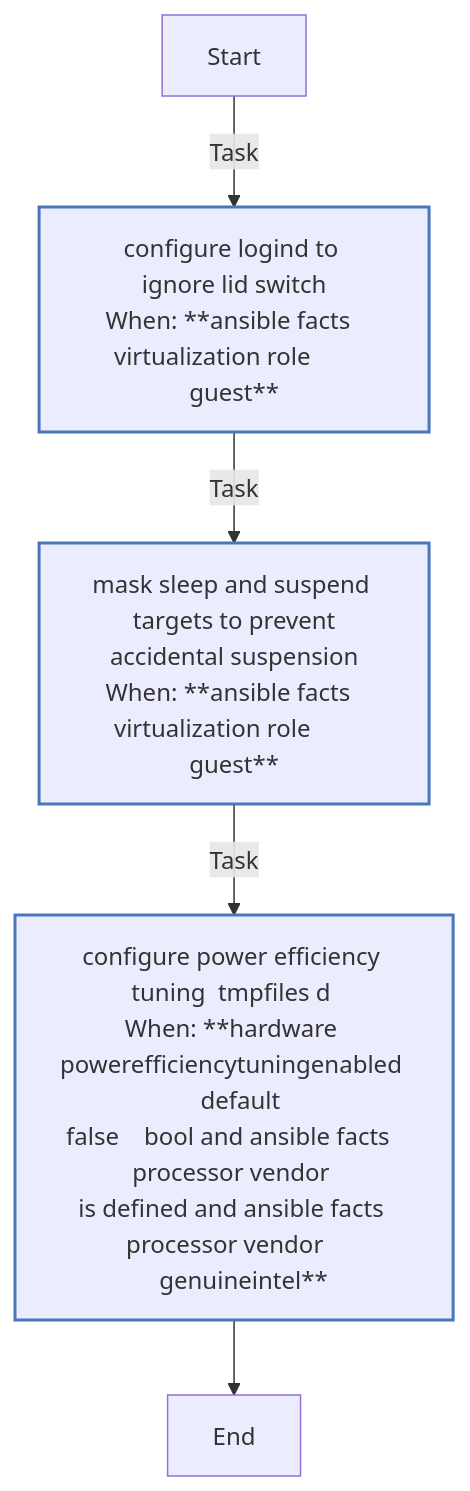
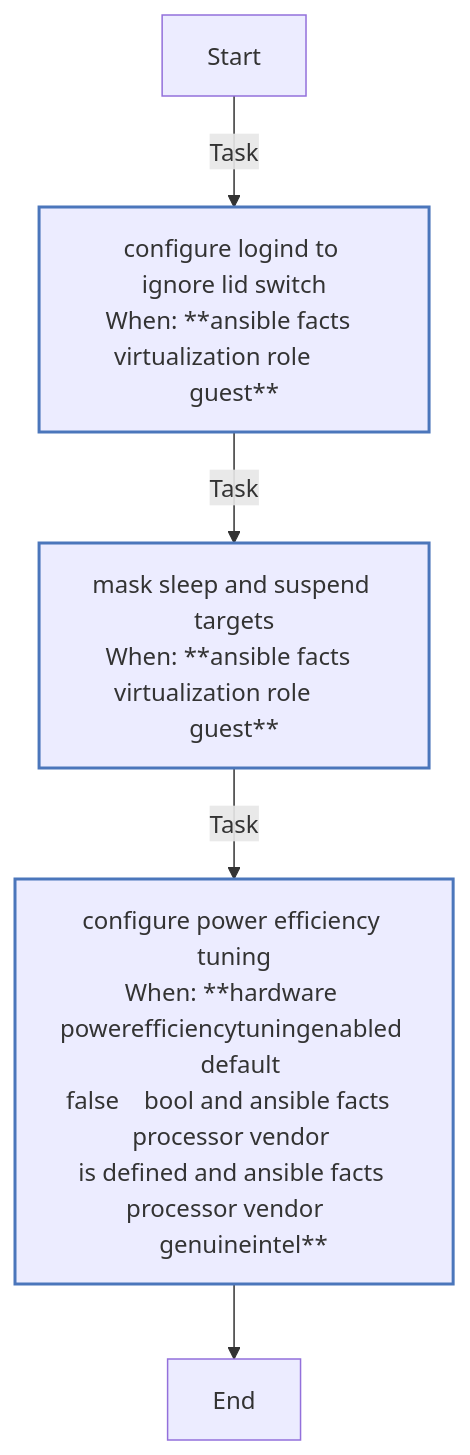
One commit to rou-cru/k3s-homelab changed the seventh of 8 diagrams in roles/common/README.md. Above: the diagram before and after it, drawn with Mermaid. The commit also changed other lines of this file and 42 other files, not shown here.

````diff
--- a/roles/common/README.md
+++ b/roles/common/README.md
@@ -554,17 +533,17 @@
 ```mermaid
 flowchart TD
 Start
 classDef block stroke:#3498db,stroke-width:2px;
 classDef task stroke:#4b76bb,stroke-width:2px;
 classDef includeTasks stroke:#16a085,stroke-width:2px;
 classDef importTasks stroke:#34495e,stroke-width:2px;
 classDef includeRole stroke:#2980b9,stroke-width:2px;
 classDef importRole stroke:#699ba7,stroke-width:2px;
 classDef includeVars stroke:#8e44ad,stroke-width:2px;
 classDef rescue stroke:#665352,stroke-width:2px;
 
   Start-->|Task| Configure_logind_to_ignore_Lid_Switch0[configure logind to ignore lid switch<br>When: **ansible facts  virtualization role       guest**]:::task
-  Configure_logind_to_ignore_Lid_Switch0-->|Task| Mask_sleep_and_suspend_targets_to_prevent_accidental_suspension1[mask sleep and suspend targets to prevent<br>accidental suspension<br>When: **ansible facts  virtualization role       guest**]:::task
-  Mask_sleep_and_suspend_targets_to_prevent_accidental_suspension1-->|Task| Configure_Power_Efficiency_Tuning__tmpfiles_d_2[configure power efficiency tuning  tmpfiles d <br>When: **hardware powerefficiencytuningenabled   default<br>false    bool and ansible facts  processor vendor <br> is defined and ansible facts  processor vendor   <br>   genuineintel**]:::task
-  Configure_Power_Efficiency_Tuning__tmpfiles_d_2-->End
+  Configure_logind_to_ignore_Lid_Switch0-->|Task| Mask_sleep_and_suspend_targets1[mask sleep and suspend targets<br>When: **ansible facts  virtualization role       guest**]:::task
+  Mask_sleep_and_suspend_targets1-->|Task| Configure_Power_Efficiency_Tuning2[configure power efficiency tuning<br>When: **hardware powerefficiencytuningenabled   default<br>false    bool and ansible facts  processor vendor <br> is defined and ansible facts  processor vendor   <br>   genuineintel**]:::task
+  Configure_Power_Efficiency_Tuning2-->End
 ```
````
